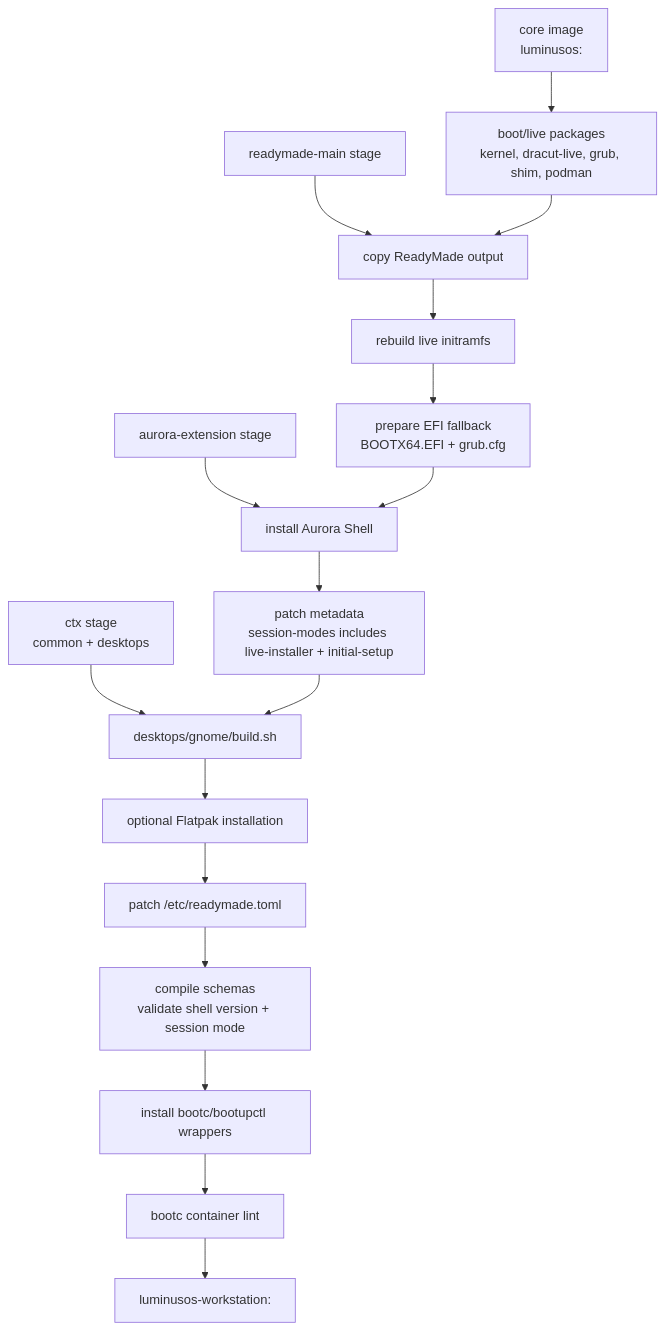
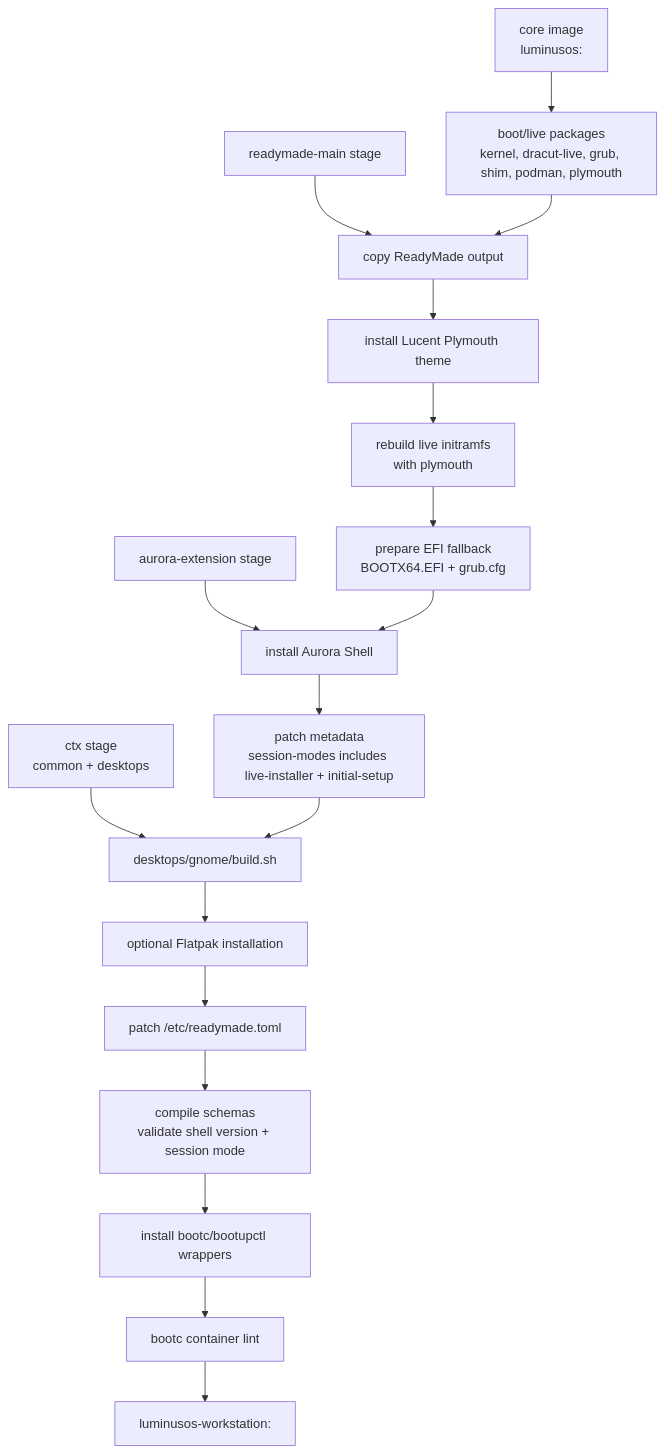
The fourth of 15 diagrams in ARCHITECTURE.md (luminusOS/images), drawn with Mermaid before and after one commit. The commit also changed other lines of this file and 23 other files, not shown here.

First line of the commit message:
feat(plymouth): add Lucent theme for boot splash

````diff
--- a/ARCHITECTURE.md
+++ b/ARCHITECTURE.md
@@ -203,26 +203,27 @@
 ```mermaid
 flowchart TD
     Ctx["ctx stage<br/>common + desktops"]
     AuroraStage["aurora-extension stage"]
     ReadyMadeStage["readymade-main stage"]
     CoreImage["core image<br/>luminusos:<tag>"]
-    BootPkgs["boot/live packages<br/>kernel, dracut-live, grub, shim, podman"]
+    BootPkgs["boot/live packages<br/>kernel, dracut-live, grub, shim, podman, plymouth"]
     CopyReadyMade["copy ReadyMade output"]
-    Dracut["rebuild live initramfs"]
+    Plymouth["install Lucent Plymouth theme"]
+    Dracut["rebuild live initramfs<br/>with plymouth"]
     EFI["prepare EFI fallback<br/>BOOTX64.EFI + grub.cfg"]
     CopyAurora["install Aurora Shell"]
     PatchAurora["patch metadata<br/>session-modes includes live-installer + initial-setup"]
     GnomeBuild["desktops/gnome/build.sh"]
     Flatpaks["optional Flatpak installation"]
     ReadyMadeConfig["patch /etc/readymade.toml"]
     ValidateAurora["compile schemas<br/>validate shell version + session mode"]
     Wrappers["install bootc/bootupctl wrappers"]
     Lint["bootc container lint"]
     Output["luminusos-workstation:<tag>"]
 
     Ctx --> GnomeBuild
     AuroraStage --> CopyAurora
     ReadyMadeStage --> CopyReadyMade
-    CoreImage --> BootPkgs --> CopyReadyMade --> Dracut --> EFI --> CopyAurora --> PatchAurora --> GnomeBuild
+    CoreImage --> BootPkgs --> CopyReadyMade --> Plymouth --> Dracut --> EFI --> CopyAurora --> PatchAurora --> GnomeBuild
     GnomeBuild --> Flatpaks --> ReadyMadeConfig --> ValidateAurora --> Wrappers --> Lint --> Output
 ```
````
